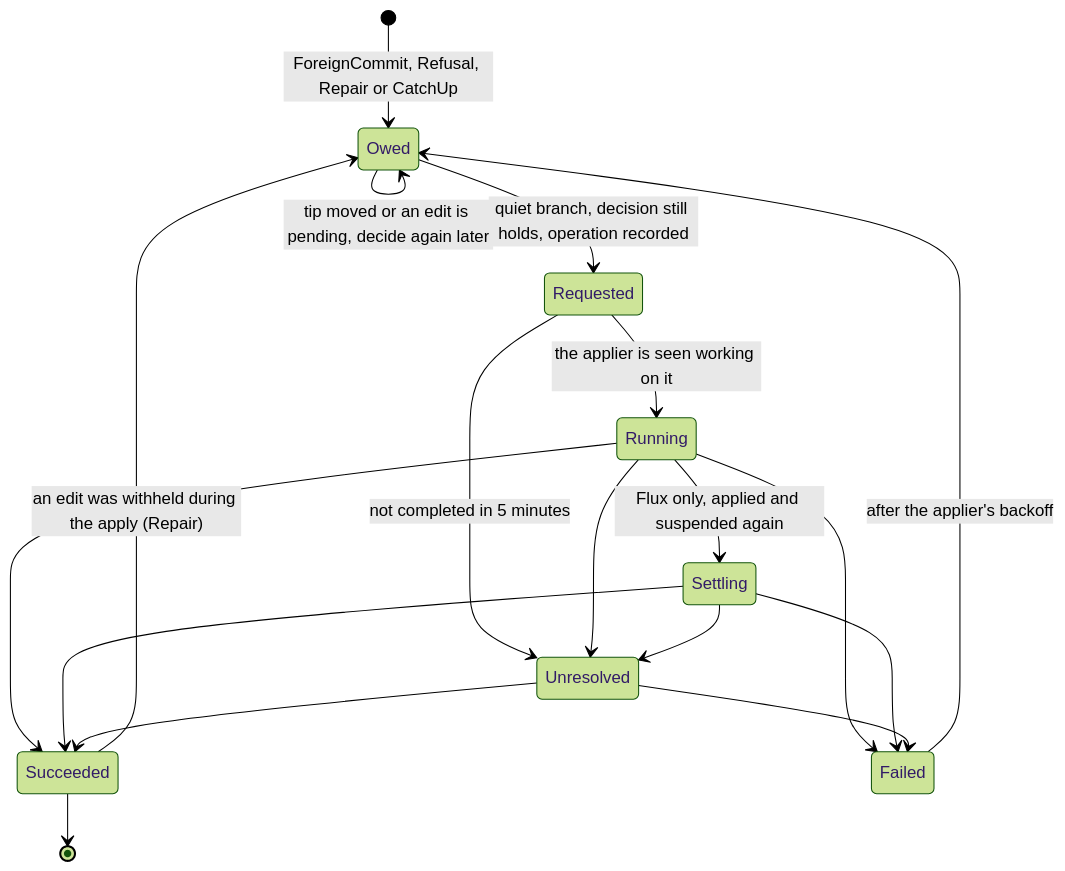
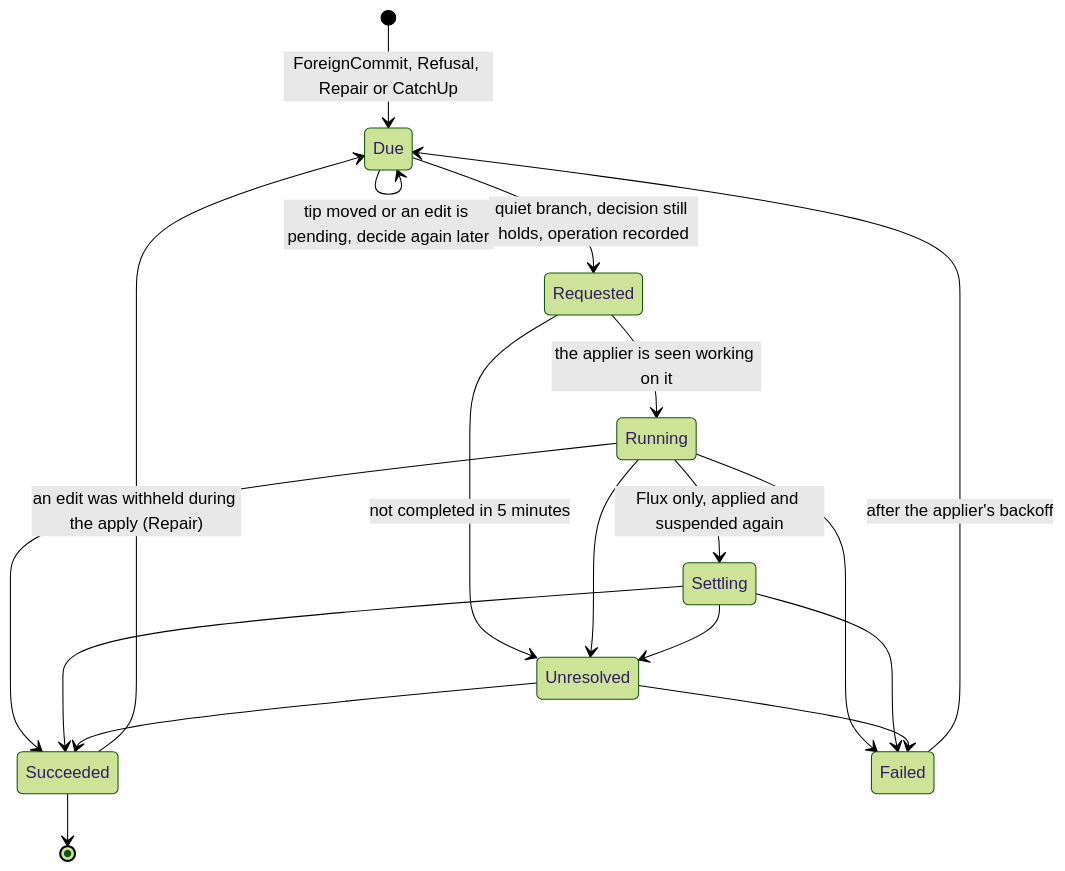
The fifth of 5 diagrams in docs/bi-directional.md (ConfigButler/gitops-reverser), drawn with Mermaid (forest theme) before and after one commit. The commit also changed other lines of this file and 13 other files, not shown here.

````diff
--- a/docs/bi-directional.md
+++ b/docs/bi-directional.md
@@ -181,20 +183,20 @@
 ```mermaid
 stateDiagram-v2
-    [*] --> Owed: ForeignCommit, Refusal, Repair or CatchUp
-    Owed --> Owed: tip moved or an edit is pending, decide again later
-    Owed --> Requested: quiet branch, decision still holds, operation recorded
+    [*] --> Due: ForeignCommit, Refusal, Repair or CatchUp
+    Due --> Due: tip moved or an edit is pending, decide again later
+    Due --> Requested: quiet branch, decision still holds, operation recorded
     Requested --> Running: the applier is seen working on it
     Running --> Settling: Flux only, applied and suspended again
     Running --> Succeeded
     Running --> Failed
     Settling --> Succeeded
     Settling --> Failed
     Requested --> Unresolved: not completed in 5 minutes
     Running --> Unresolved
     Settling --> Unresolved
     Unresolved --> Succeeded
     Unresolved --> Failed
-    Failed --> Owed: after the applier's backoff
-    Succeeded --> Owed: an edit was withheld during the apply (Repair)
+    Failed --> Due: after the applier's backoff
+    Succeeded --> Due: an edit was withheld during the apply (Repair)
     Succeeded --> [*]
 ```
````
